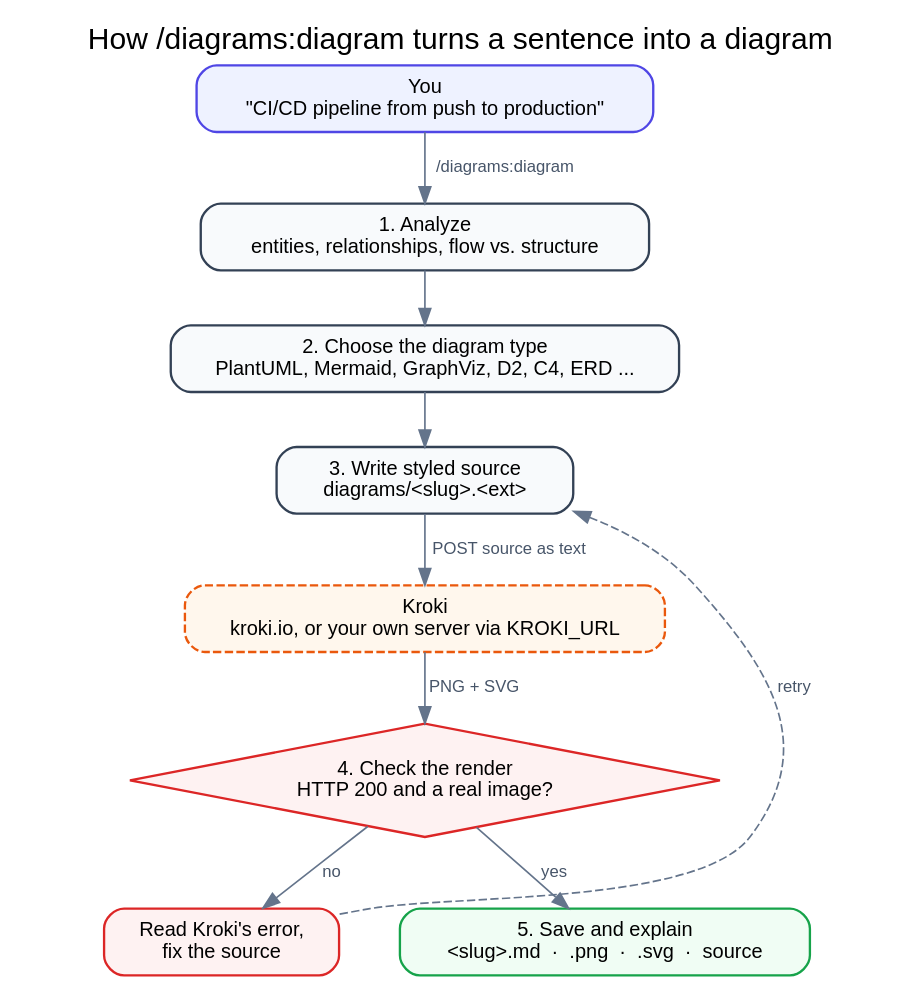
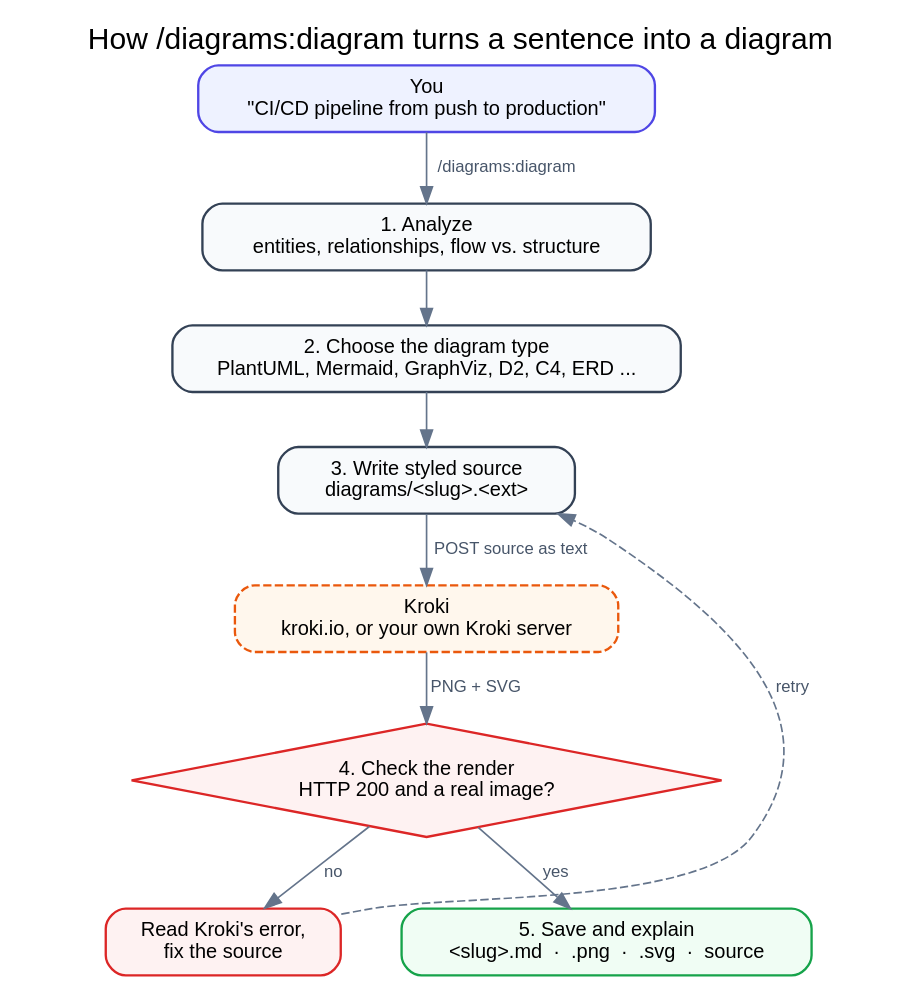
Before and after one commit to tirandagan/claude-diagrams: the diagram in assets/how-it-works.dot, drawn with Graphviz. The commit also changed 9 other files, not shown here.

First line of the commit message:
Refactor diagram skill and enhance rendering script

```diff
--- a/assets/how-it-works.dot
+++ b/assets/how-it-works.dot
@@ -1,28 +1,28 @@
 // Source for the README's "how it works" graphic, drawn the way the skill draws:
 // top to bottom, labelled edges, colour with meaning. Re-render it through Kroki's
 // graphviz/svg endpoint after any change.
 digraph HowItWorks {
   label="How /diagrams:diagram turns a sentence into a diagram"; labelloc=t; fontsize=18;
   fontname="Helvetica"; rankdir=TB; nodesep=0.5; ranksep=0.45; bgcolor=white;
   node [shape=box, style="rounded,filled", fontname="Helvetica", fontsize=12,
         fillcolor="#F8FAFC", color="#334155", penwidth=1.4, margin="0.22,0.1"];
   edge [fontname="Helvetica", fontsize=10, color="#64748B", fontcolor="#475569"];
 
   you     [label="You\n\"CI/CD pipeline from push to production\"", fillcolor="#EEF2FF", color="#4F46E5"];
   analyze [label="1. Analyze\nentities, relationships, flow vs. structure"];
   choose  [label="2. Choose the diagram type\nPlantUML, Mermaid, GraphViz, D2, C4, ERD ..."];
   write   [label="3. Write styled source\ndiagrams/<slug>.<ext>"];
-  kroki   [label="Kroki\nkroki.io, or your own server via KROKI_URL", shape=box, style="rounded,filled,dashed", fillcolor="#FFF7ED", color="#EA580C"];
+  kroki   [label="Kroki\nkroki.io, or your own Kroki server", shape=box, style="rounded,filled,dashed", fillcolor="#FFF7ED", color="#EA580C"];
   check   [label="4. Check the render\nHTTP 200 and a real image?", shape=diamond, style=filled, fillcolor="#FEF2F2", color="#DC2626", margin="0.05,0.05"];
   fix     [label="Read Kroki's error,\nfix the source", fillcolor="#FEF2F2", color="#DC2626"];
   save    [label="5. Save and explain\n<slug>.md  ·  .png  ·  .svg  ·  source", fillcolor="#F0FDF4", color="#16A34A"];
 
   you -> analyze [label=" /diagrams:diagram"];
   analyze -> choose;
   choose -> write;
   write -> kroki [label=" POST source as text"];
   kroki -> check [label=" PNG + SVG"];
   check -> save [label=" yes"];
   check -> fix [label=" no"];
   fix -> write [label=" retry", style=dashed, constraint=false];
 }
```
